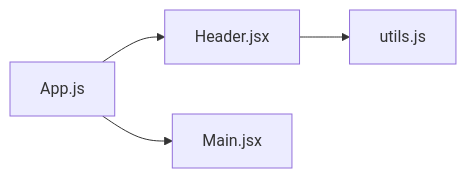
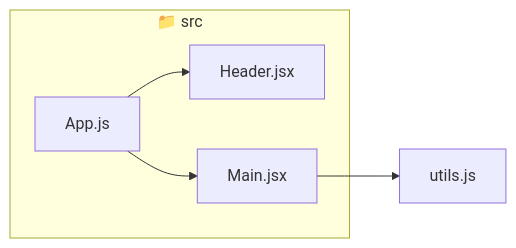
One commit to sunjoy18/DeCodify changed the first of 4 diagrams in README.md. Above: the diagram before and after it, drawn with Mermaid. The commit also changed other lines of this file and 24 other files, not shown here.

First line of the commit message:
Add diagram visualization and codebase tab enhancements

````diff
--- a/README.md
+++ b/README.md
@@ -109,6 +109,8 @@
 ```mermaid
 graph LR
-    A[App.js] --> B[Header.jsx]
-    A --> C[Main.jsx]
-    B --> D[utils.js]
+    subgraph src["📁 src"]
+        App.js --> Header.jsx
+        App.js --> Main.jsx
+    end
+    Main.jsx --> utils.js
 ```
````
